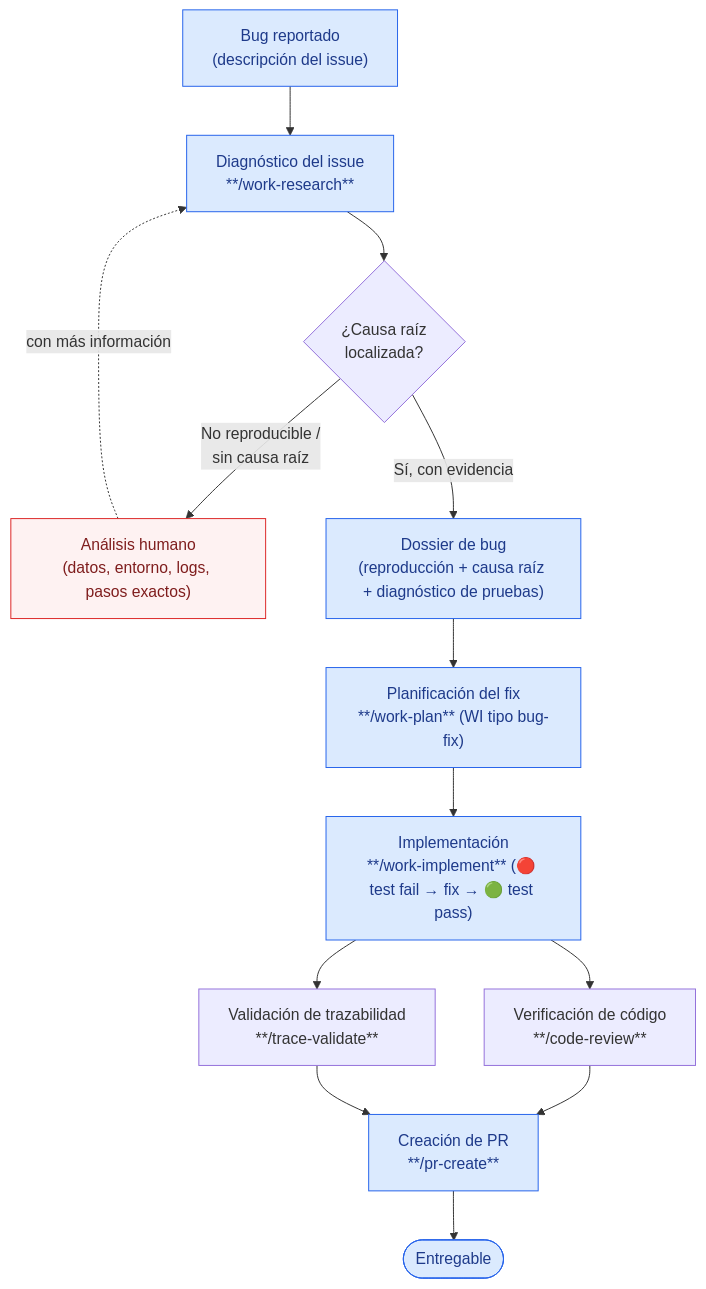
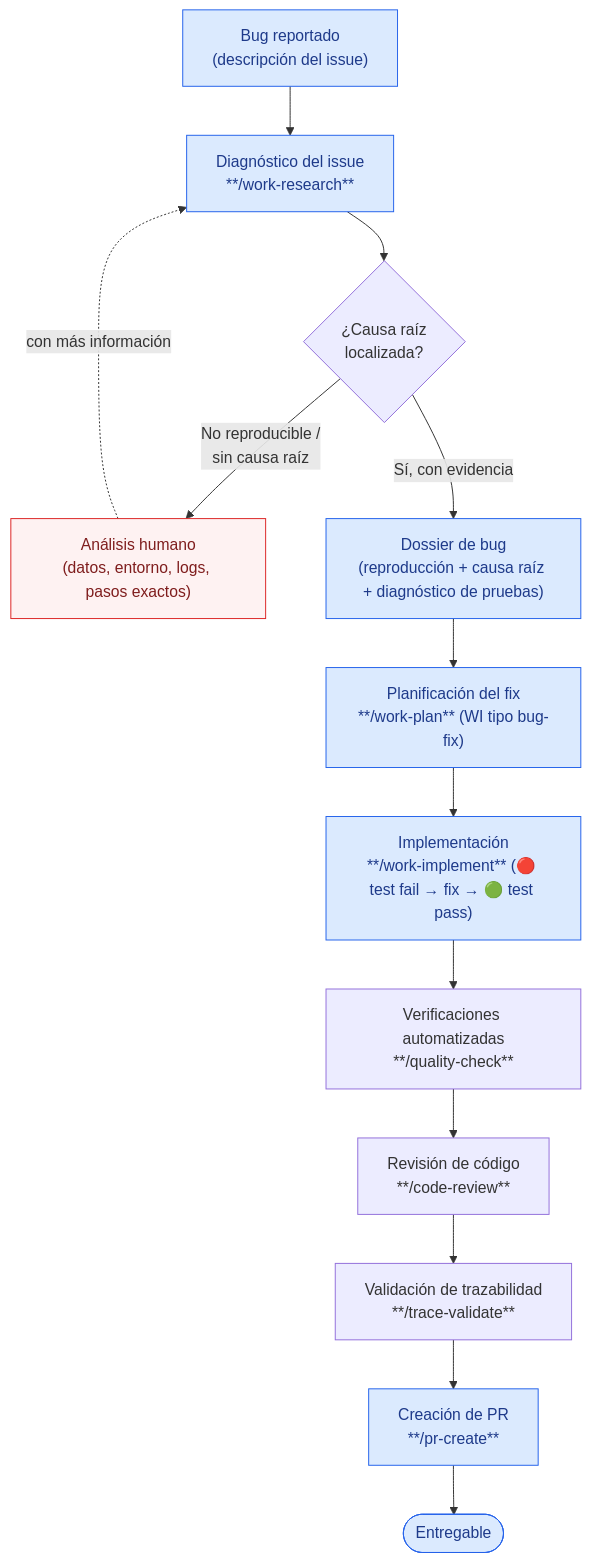
Before and after one commit to juanca202/ai: the diagram in docs/use-cases/fix-a-bug.md, drawn with Mermaid. The commit also changed other lines of this file and 29 other files, not shown here.

First line of the commit message:
feat: extract quality-check as standalone skill from code-review

````diff
--- a/docs/use-cases/fix-a-bug.md
+++ b/docs/use-cases/fix-a-bug.md
@@ -5,20 +5,20 @@
 ```mermaid
 flowchart TD
     A["Bug reportado<br/>(descripción del issue)"] --> B["Diagnóstico del issue<br/>**/work-research**"]
     B --> C{"¿Causa raíz<br/>localizada?"}
     C -->|"No reproducible /<br/>sin causa raíz"| H["Análisis humano<br/>(datos, entorno, logs, pasos exactos)"]
     C -->|"Sí, con evidencia"| D["Dossier de bug<br/>(reproducción + causa raíz + diagnóstico de pruebas)"]
     D --> E["Planificación del fix<br/>**/work-plan** (WI tipo bug-fix)"]
     E --> F["Implementación<br/>**/work-implement** (🔴 test fail → fix → 🟢 test pass)"]
-    F --> G1["Verificación de código<br/>**/code-review**"]
-    F --> G2["Validación de trazabilidad<br/>**/trace-validate**"]
-    G1 --> I["Creación de PR<br/>**/pr-create**"]
-    G2 --> I
+    F --> G0["Verificaciones automatizadas<br/>**/quality-check**"]
+    G0 --> G1["Revisión de código<br/>**/code-review**"]
+    G1 --> G2["Validación de trazabilidad<br/>**/trace-validate**"]
+    G2 --> I["Creación de PR<br/>**/pr-create**"]
     I --> J(["Entregable"])
     H -.->|"con más información"| B
 
     classDef main fill:#dbeafe,stroke:#2563eb,color:#1e3a8a
     classDef human fill:#fef2f2,stroke:#dc2626,color:#7f1d1d
     class A,B,D,E,F,I,J main
     class H human
 ```
````
